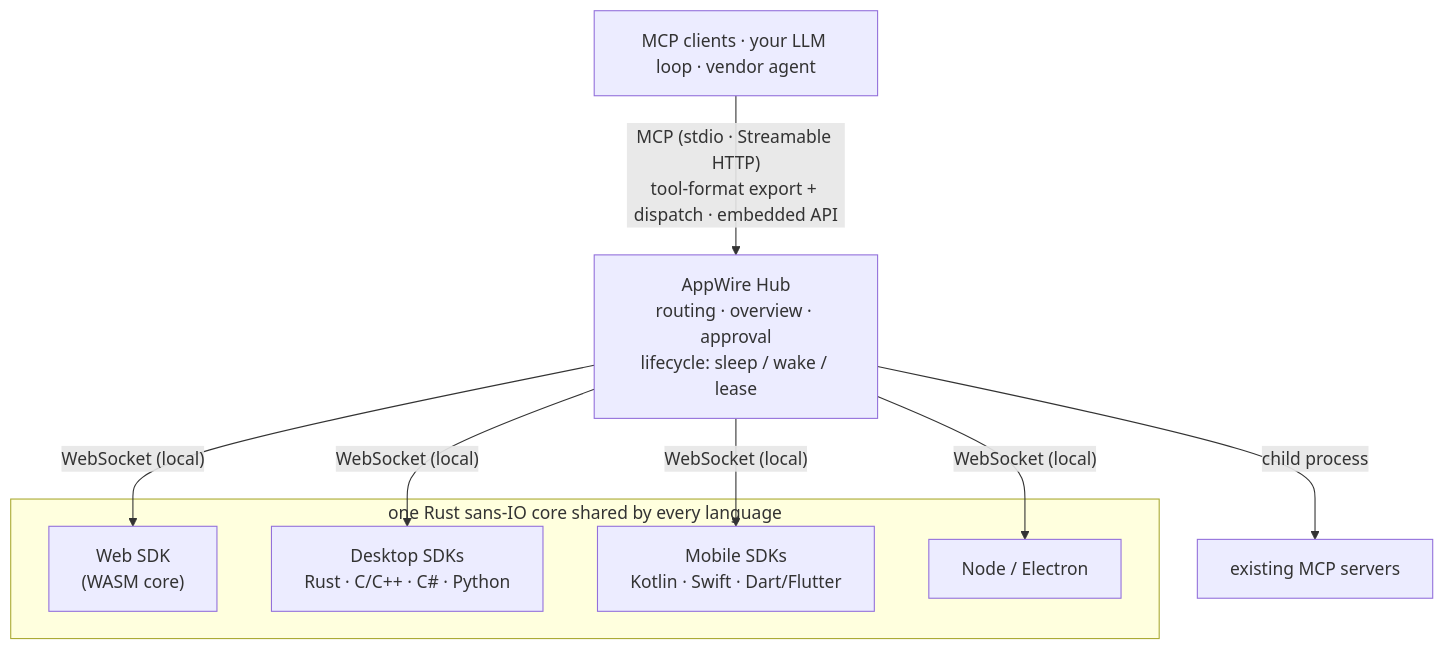
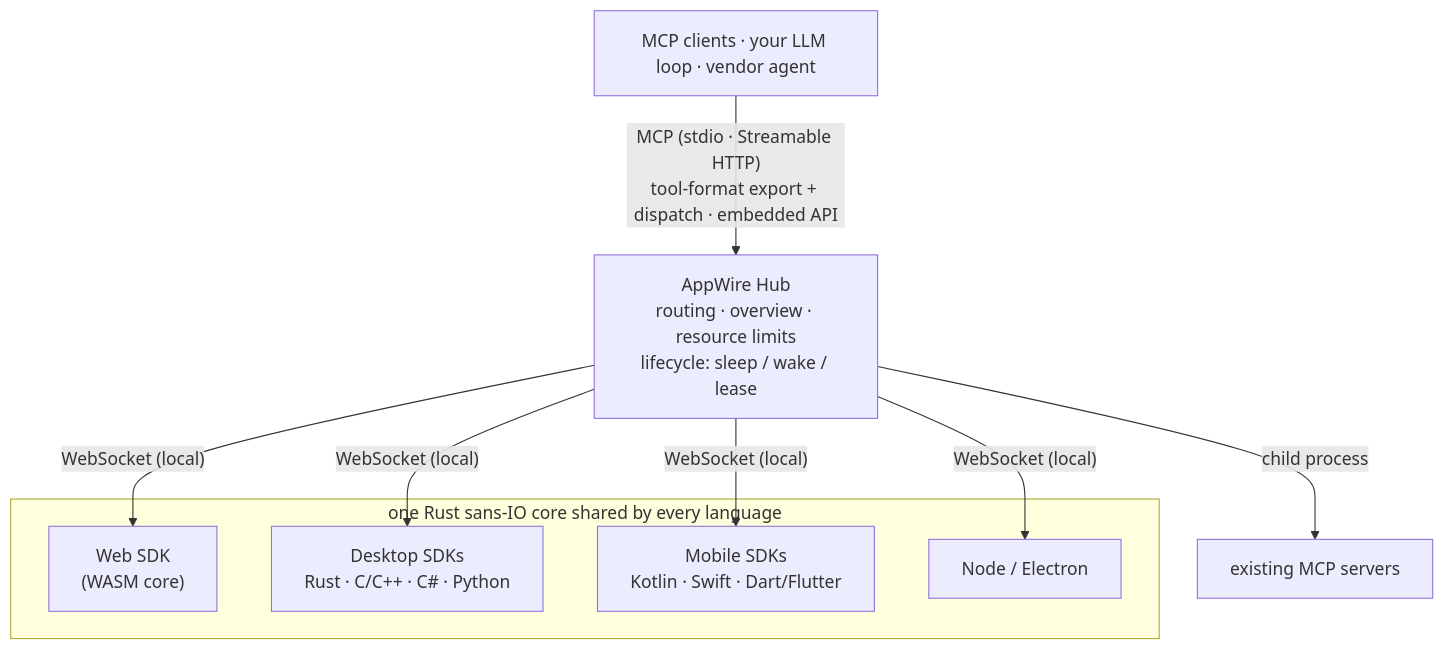
Before and after one commit to stareing/appwire: the diagram in README.md, drawn with Mermaid. The commit also changed other lines of this file and 11 other files, not shown here.

Commit message:
第 18 项 L1 + L4：README（11 种语言）与 llms.txt 去掉"Hub 审批"承诺，改为放行归 Agent、高风险确认归 App、本库如实传递声明并保护资源；补第 9 条原则"看得见、改得回"

````diff
--- a/README.md
+++ b/README.md
@@ -150,17 +153,17 @@
 ```mermaid
 flowchart TD
   clients["MCP clients · your LLM loop · vendor agent"]
-  hub["AppWire Hub<br/>routing · overview · approval<br/>lifecycle: sleep / wake / lease"]
+  hub["AppWire Hub<br/>routing · overview · resource limits<br/>lifecycle: sleep / wake / lease"]
   clients -- "MCP (stdio · Streamable HTTP)<br/>tool-format export + dispatch · embedded API" --> hub
   hub -- "WebSocket (local)" --> web["Web SDK<br/>(WASM core)"]
   hub -- "WebSocket (local)" --> desktop["Desktop SDKs<br/>Rust · C/C++ · C# · Python"]
   hub -- "WebSocket (local)" --> mobile["Mobile SDKs<br/>Kotlin · Swift · Dart/Flutter"]
   hub -- "WebSocket (local)" --> node["Node / Electron"]
   hub -- "child process" --> upstream["existing MCP servers"]
   subgraph core["one Rust sans-IO core shared by every language"]
     web
     desktop
     mobile
     node
   end
 ```
````
